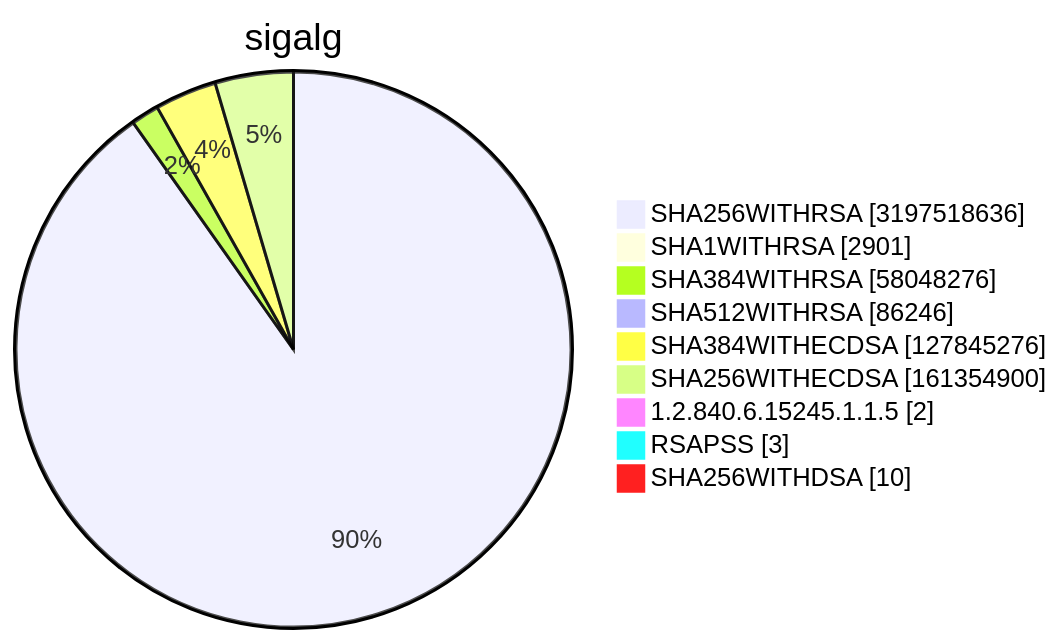
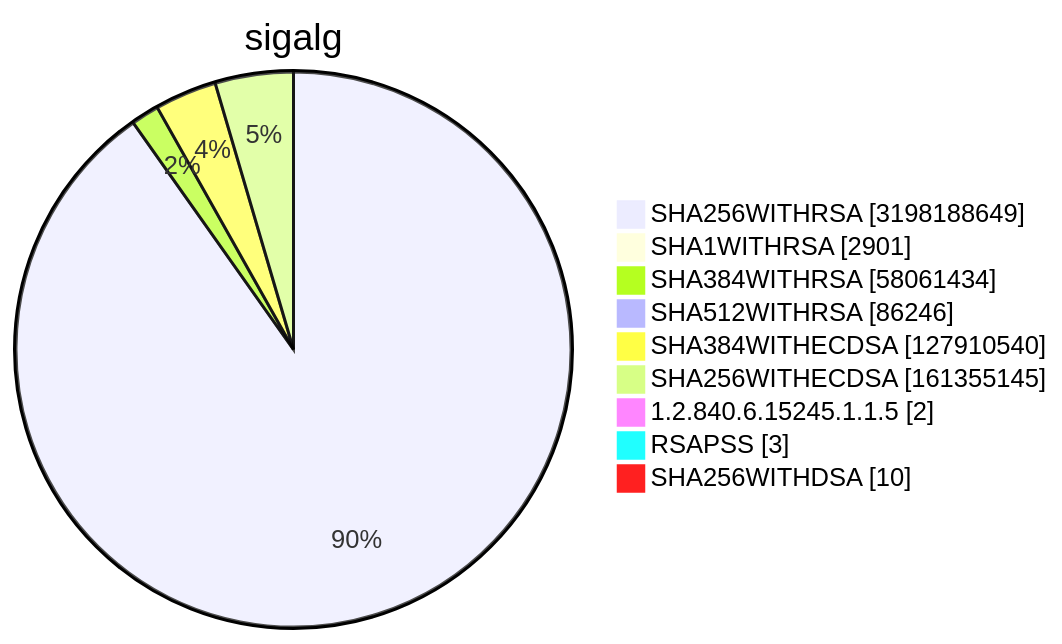
Diagram 15 of 15 in TOTAL/README.md (christiankrug/ctmonitor_visualization), drawn with Mermaid before and after one commit. The commit also changed other lines of this file, not shown here.

````diff
--- a/TOTAL/README.md
+++ b/TOTAL/README.md
@@ -6216,13 +6216,13 @@
 ```mermaid
 pie showData
 title sigalg
-"SHA256WITHRSA" :3197518636
+"SHA256WITHRSA" :3198188649
 "SHA1WITHRSA" :2901
-"SHA384WITHRSA" :58048276
+"SHA384WITHRSA" :58061434
 "SHA512WITHRSA" :86246
-"SHA384WITHECDSA" :127845276
-"SHA256WITHECDSA" :161354900
+"SHA384WITHECDSA" :127910540
+"SHA256WITHECDSA" :161355145
 "1.2.840.6.15245.1.1.5" :2
 "RSAPSS" :3
 "SHA256WITHDSA" :10
 ```
````
